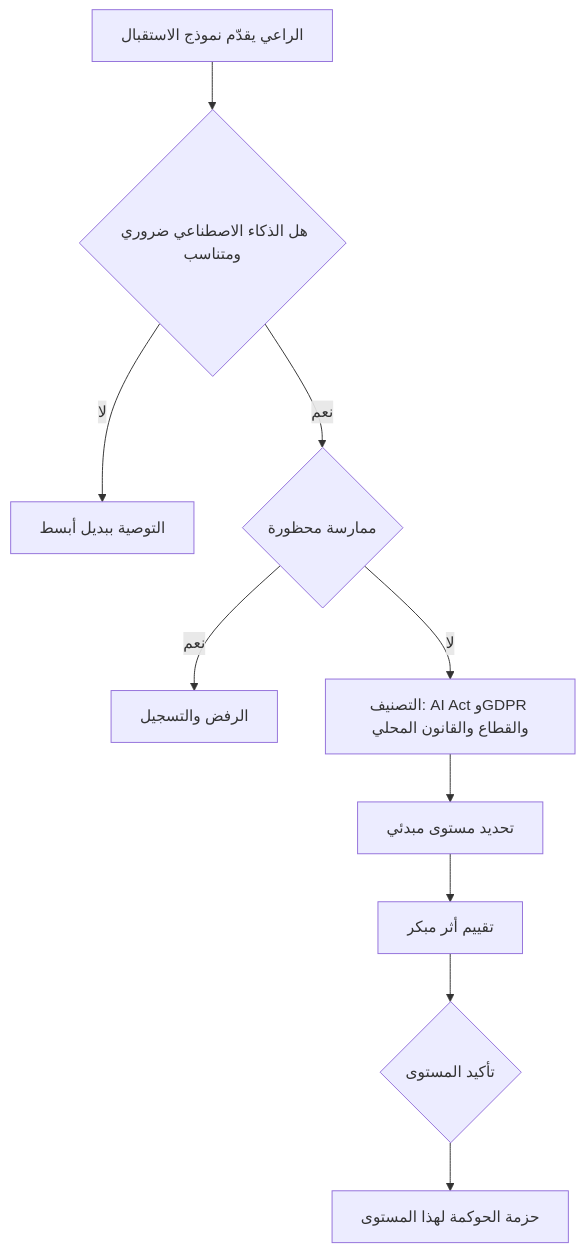
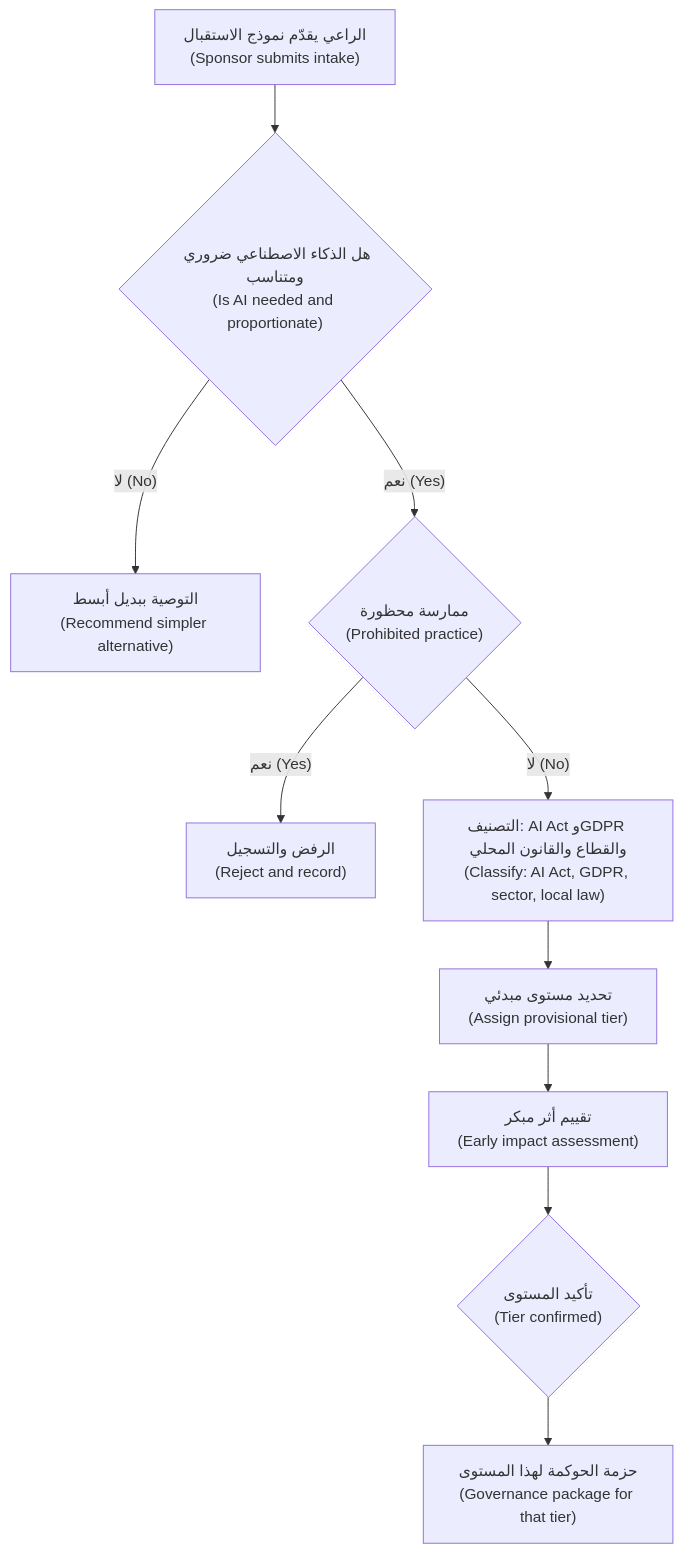
Before and after one commit to Tamoura/system-design-for-vibe-coders: the diagram in aigp/modules/08-design-build.ar.md, drawn with Mermaid. The commit also changed other lines of this file and 62 other files, not shown here.

First line of the commit message:
Arabic editions: English on every diagram label, RTL fixes, rebuild

````diff
--- a/aigp/modules/08-design-build.ar.md
+++ b/aigp/modules/08-design-build.ar.md
@@ -81,12 +81,12 @@
 ```mermaid
 flowchart TD
-    A[الراعي يقدّم نموذج الاستقبال] --> B{هل الذكاء الاصطناعي ضروري ومتناسب}
-    B -- لا --> C[التوصية ببديل أبسط]
-    B -- نعم --> D{ممارسة محظورة}
-    D -- نعم --> E[الرفض والتسجيل]
-    D -- لا --> F[التصنيف: AI Act وGDPR والقطاع والقانون المحلي]
-    F --> G[تحديد مستوى مبدئي]
-    G --> H[تقييم أثر مبكر]
-    H --> I{تأكيد المستوى}
-    I --> J[حزمة الحوكمة لهذا المستوى]
+    A["الراعي يقدّم نموذج الاستقبال<br/>(Sponsor submits intake)"] --> B{"هل الذكاء الاصطناعي ضروري ومتناسب<br/>(Is AI needed and proportionate)"}
+    B -- "لا (No)" --> C["التوصية ببديل أبسط<br/>(Recommend simpler alternative)"]
+    B -- "نعم (Yes)" --> D{"ممارسة محظورة<br/>(Prohibited practice)"}
+    D -- "نعم (Yes)" --> E["الرفض والتسجيل<br/>(Reject and record)"]
+    D -- "لا (No)" --> F["التصنيف: AI Act وGDPR والقطاع والقانون المحلي<br/>(Classify: AI Act, GDPR, sector, local law)"]
+    F --> G["تحديد مستوى مبدئي<br/>(Assign provisional tier)"]
+    G --> H["تقييم أثر مبكر<br/>(Early impact assessment)"]
+    H --> I{"تأكيد المستوى<br/>(Tier confirmed)"}
+    I --> J["حزمة الحوكمة لهذا المستوى<br/>(Governance package for that tier)"]
 ```
````
